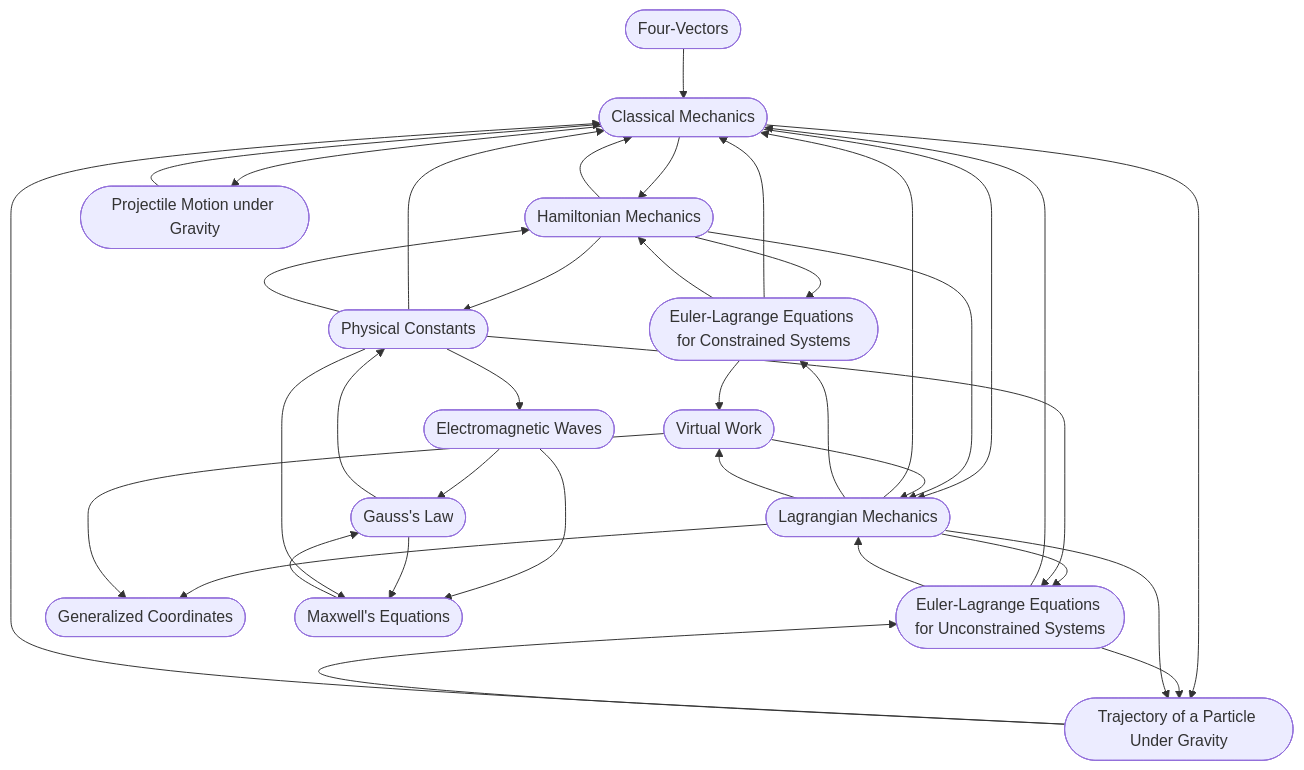
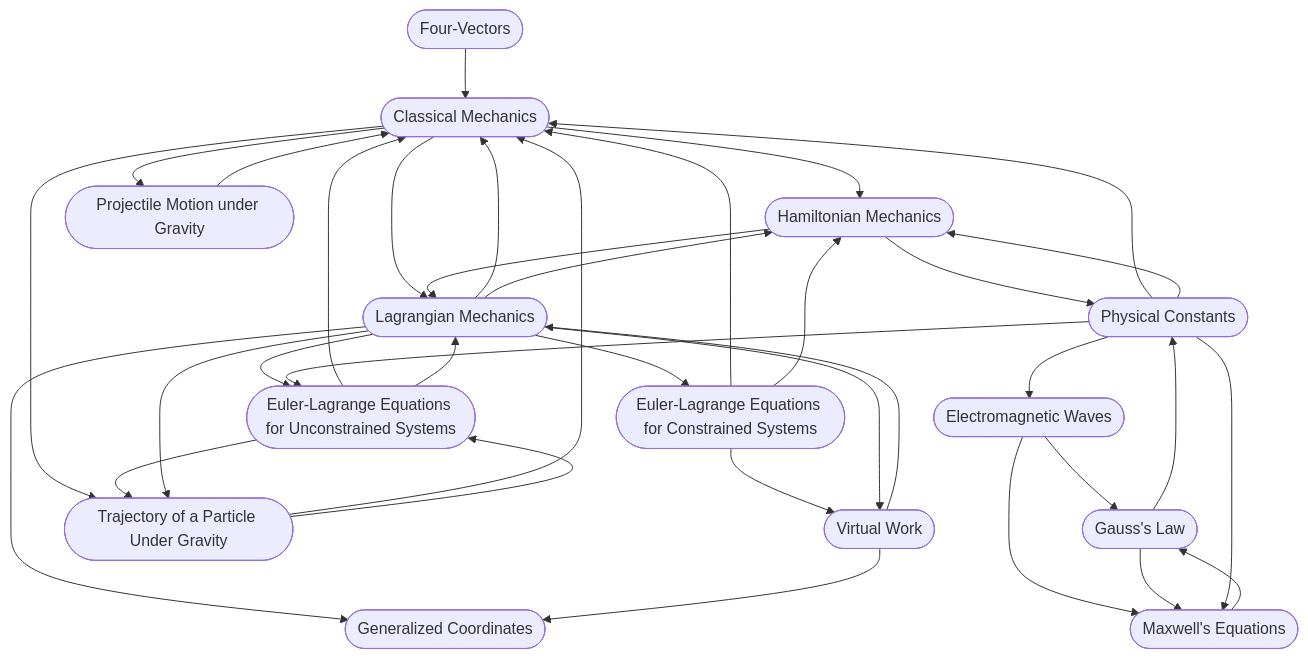
The diagram in KNOWLEDGE_GRAPH.md (Aaravshah2907/Physics-KB), drawn with Mermaid before and after one commit. The commit also changed 7 other files, not shown here.

Commit message:
feat: Standardize generated filenames to a maximum of 6 words and restructure Hamiltonian Mechanics content and its knowledge graph links.

````diff
--- a/KNOWLEDGE_GRAPH.md
+++ b/KNOWLEDGE_GRAPH.md
@@ -3,53 +3,52 @@
 ```mermaid
 graph TD
   classical_mechanics([Classical Mechanics])
   electromagnetic_waves([Electromagnetic Waves])
   eulerlagrange_equations_for_constrained_systems([Euler-Lagrange Equations for Constrained Systems])
   eulerlagrange_equations_for_unconstrained_systems([Euler-Lagrange Equations for Unconstrained Systems])
   four_vectors([Four-Vectors])
   gauss_law([Gauss's Law])
   generalized_coordinates([Generalized Coordinates])
   hamiltonian_mechanics([Hamiltonian Mechanics])
   lagrangian_mechanics([Lagrangian Mechanics])
   maxwell_s_equations([Maxwell's Equations])
   physical_constants([Physical Constants])
   projectile_motion([Projectile Motion under Gravity])
   trajectory_under_gravity([Trajectory of a Particle Under Gravity])
   virtual_work([Virtual Work])
   classical_mechanics --> hamiltonian_mechanics
   classical_mechanics --> lagrangian_mechanics
   classical_mechanics --> projectile_motion
   classical_mechanics --> trajectory_under_gravity
   electromagnetic_waves --> gauss_law
   electromagnetic_waves --> maxwell_s_equations
   eulerlagrange_equations_for_constrained_systems --> classical_mechanics
   eulerlagrange_equations_for_constrained_systems --> hamiltonian_mechanics
   eulerlagrange_equations_for_constrained_systems --> virtual_work
   eulerlagrange_equations_for_unconstrained_systems --> classical_mechanics
   eulerlagrange_equations_for_unconstrained_systems --> lagrangian_mechanics
   eulerlagrange_equations_for_unconstrained_systems --> trajectory_under_gravity
   four_vectors --> classical_mechanics
   gauss_law --> maxwell_s_equations
   gauss_law --> physical_constants
-  hamiltonian_mechanics --> classical_mechanics
-  hamiltonian_mechanics --> eulerlagrange_equations_for_constrained_systems
   hamiltonian_mechanics --> lagrangian_mechanics
   hamiltonian_mechanics --> physical_constants
   lagrangian_mechanics --> classical_mechanics
   lagrangian_mechanics --> eulerlagrange_equations_for_constrained_systems
   lagrangian_mechanics --> eulerlagrange_equations_for_unconstrained_systems
   lagrangian_mechanics --> generalized_coordinates
+  lagrangian_mechanics --> hamiltonian_mechanics
   lagrangian_mechanics --> trajectory_under_gravity
   lagrangian_mechanics --> virtual_work
   maxwell_s_equations --> gauss_law
   physical_constants --> classical_mechanics
   physical_constants --> electromagnetic_waves
   physical_constants --> eulerlagrange_equations_for_unconstrained_systems
   physical_constants --> hamiltonian_mechanics
   physical_constants --> maxwell_s_equations
   projectile_motion --> classical_mechanics
   trajectory_under_gravity --> classical_mechanics
   trajectory_under_gravity --> eulerlagrange_equations_for_unconstrained_systems
   virtual_work --> generalized_coordinates
   virtual_work --> lagrangian_mechanics
 ```
````
